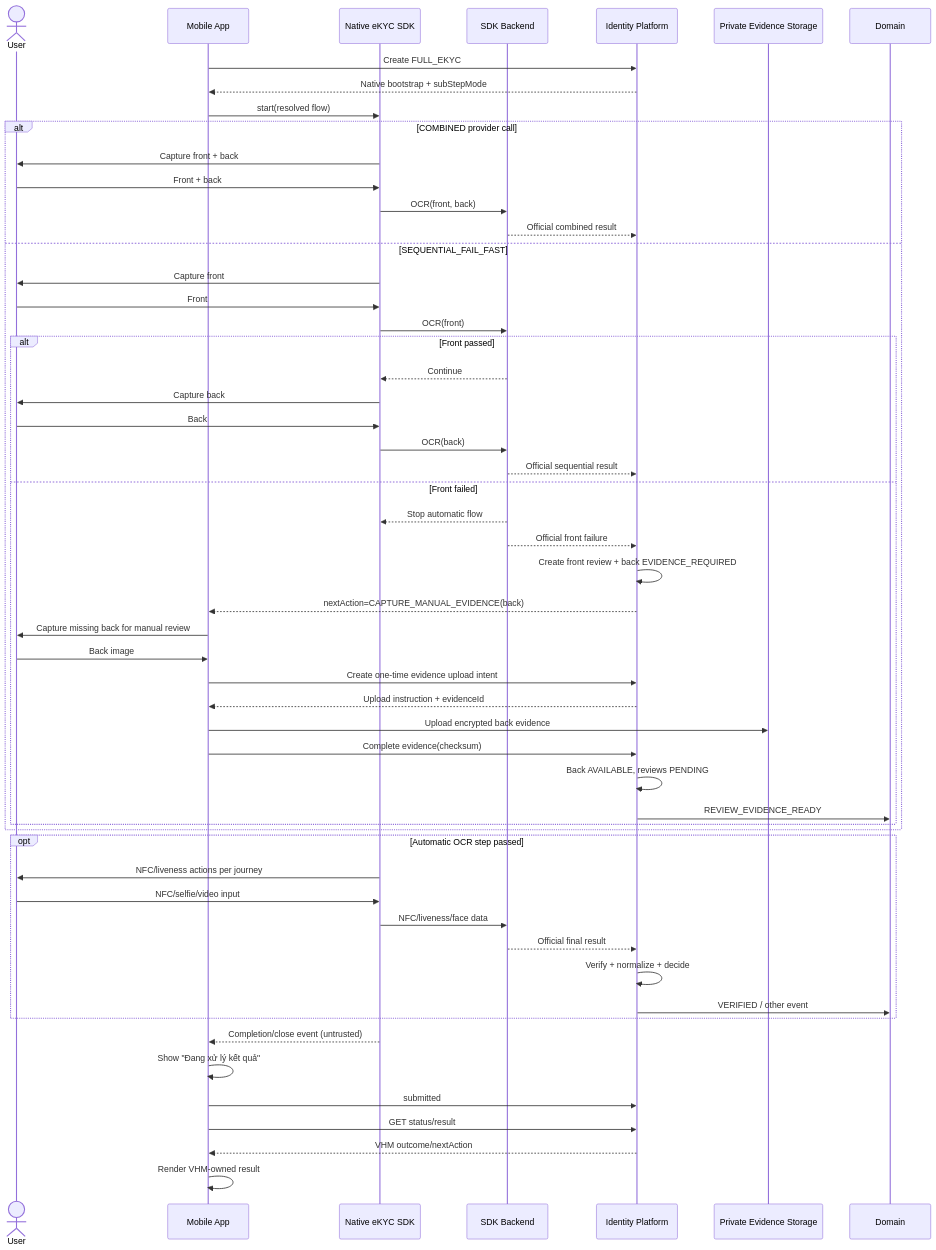
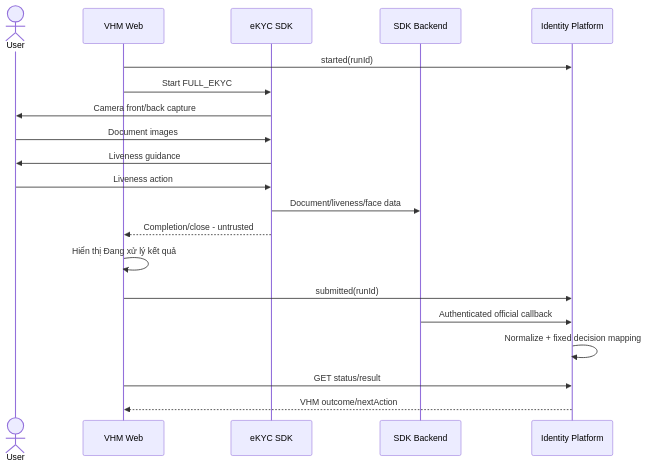
Before and after one commit to huynv-xyz/vhm: diagram 17 of 24 in tdd2.md, drawn with Mermaid. The commit also changed other lines of this file, not shown here.

````diff
--- a/tdd2.md
+++ b/tdd2.md
@@ -1566,57 +1574,22 @@
 ```mermaid
 sequenceDiagram
     actor User
-    participant APP as Mobile App
-    participant SDK as Native eKYC SDK
-    participant PROVIDER as SDK Backend
+    participant WEB as VHM Web
+    participant SDK as eKYC SDK
+    participant BACKEND as SDK Backend
     participant IV as Identity Platform
-    participant STORE as Private Evidence Storage
-    participant DOMAIN as Domain
-    APP->>IV: Create FULL_EKYC
-    IV-->>APP: Native bootstrap + subStepMode
-    APP->>SDK: start(resolved flow)
-    alt COMBINED provider call
-        SDK->>User: Capture front + back
-        User->>SDK: Front + back
-        SDK->>PROVIDER: OCR(front, back)
-        PROVIDER-->>IV: Official combined result
-    else SEQUENTIAL_FAIL_FAST
-        SDK->>User: Capture front
-        User->>SDK: Front
-        SDK->>PROVIDER: OCR(front)
-        alt Front passed
-            PROVIDER-->>SDK: Continue
-            SDK->>User: Capture back
-            User->>SDK: Back
-            SDK->>PROVIDER: OCR(back)
-            PROVIDER-->>IV: Official sequential result
-        else Front failed
-            PROVIDER-->>SDK: Stop automatic flow
-            PROVIDER-->>IV: Official front failure
-            IV->>IV: Create front review + back EVIDENCE_REQUIRED
-            IV-->>APP: nextAction=CAPTURE_MANUAL_EVIDENCE(back)
-            APP->>User: Capture missing back for manual review
-            User->>APP: Back image
-            APP->>IV: Create one-time evidence upload intent
-            IV-->>APP: Upload instruction + evidenceId
-            APP->>STORE: Upload encrypted back evidence
-            APP->>IV: Complete evidence(checksum)
-            IV->>IV: Back AVAILABLE, reviews PENDING
-            IV->>DOMAIN: REVIEW_EVIDENCE_READY
-        end
-    end
-    opt Automatic OCR step passed
-        SDK->>User: NFC/liveness actions per journey
-        User->>SDK: NFC/selfie/video input
-        SDK->>PROVIDER: NFC/liveness/face data
-        PROVIDER-->>IV: Official final result
-        IV->>IV: Verify + normalize + decide
-        IV->>DOMAIN: VERIFIED / other event
-    end
-    SDK-->>APP: Completion/close event (untrusted)
-    APP->>APP: Show "Đang xử lý kết quả"
-    APP->>IV: submitted
-    APP->>IV: GET status/result
-    IV-->>APP: VHM outcome/nextAction
-    APP->>APP: Render VHM-owned result
+    WEB->>IV: started(runId)
+    WEB->>SDK: Start FULL_EKYC
+    SDK->>User: Camera front/back capture
+    User->>SDK: Document images
+    SDK->>User: Liveness guidance
+    User->>SDK: Liveness action
+    SDK->>BACKEND: Document/liveness/face data
+    SDK-->>WEB: Completion/close - untrusted
+    WEB->>WEB: Hiển thị Đang xử lý kết quả
+    WEB->>IV: submitted(runId)
+    BACKEND->>IV: Authenticated official callback
+    IV->>IV: Normalize + fixed decision mapping
+    WEB->>IV: GET status/result
+    IV-->>WEB: VHM outcome/nextAction
 ```
````
